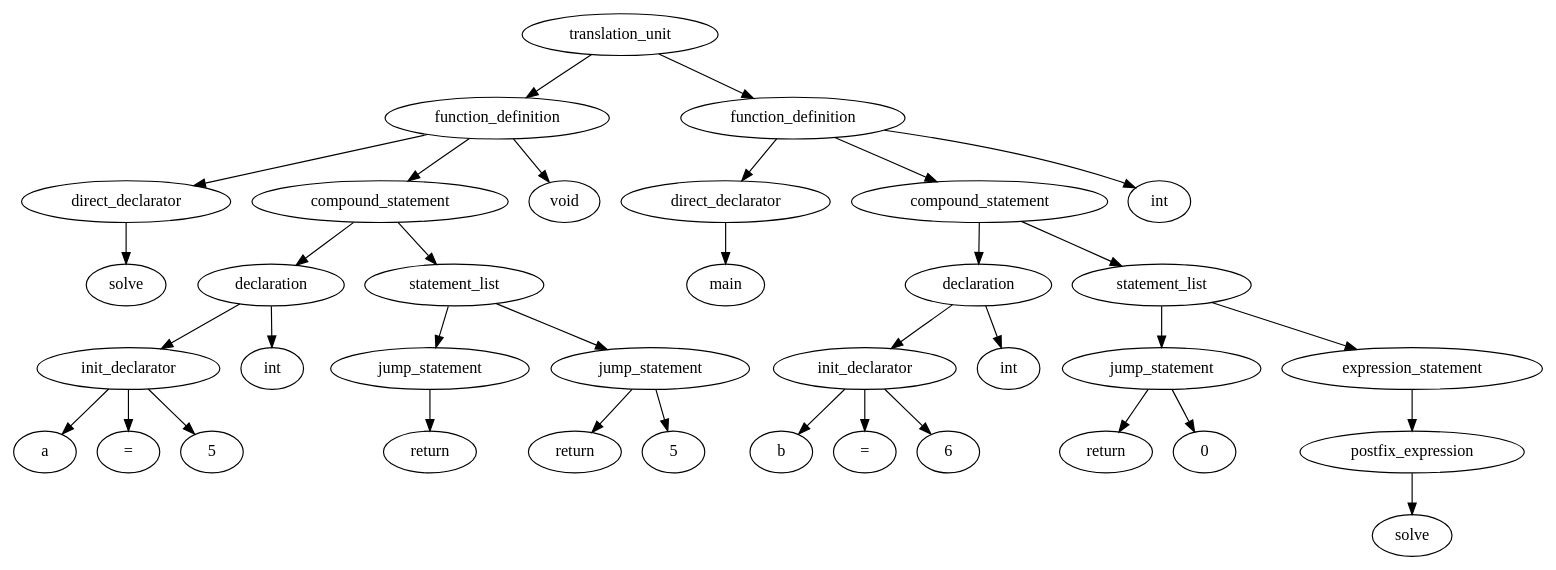
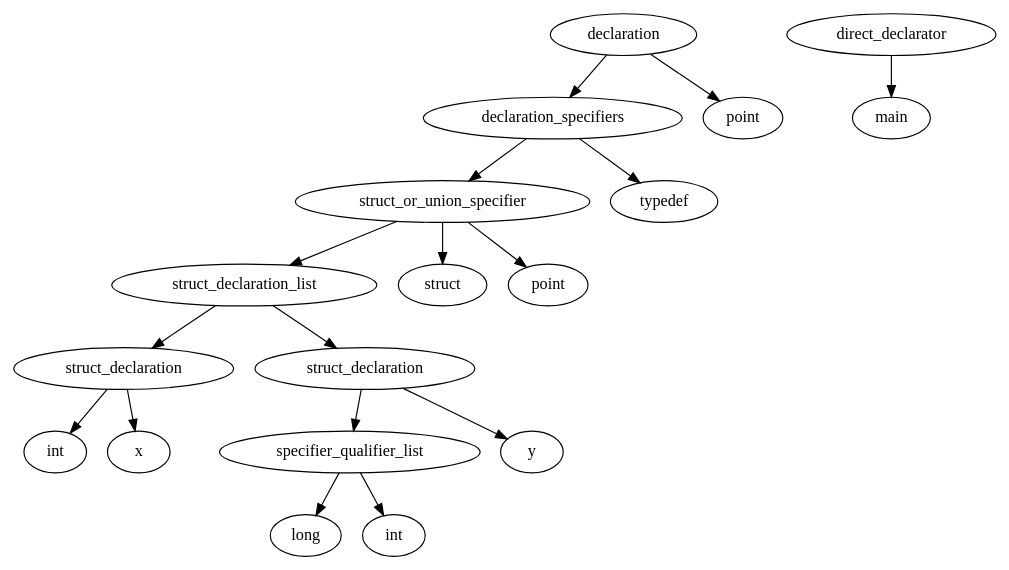
The diagram in graph1.dot (govarun/compiler-project), drawn with Graphviz before and after one commit. The commit also changed 6 other files, not shown here.

```diff
--- a/graph1.dot
+++ b/graph1.dot
@@ -1,73 +1,36 @@
 digraph ethane {
-1[label="direct_declarator"]
-2[label="solve"]
+1[label="struct_declaration"]
+2[label="int"]
 1 -> 2
-3[label="init_declarator"]
-4[label="a"]
-3 -> 4
-5[label="="]
-3 -> 5
-6[label="5"]
-3 -> 6
-7[label="declaration"]
-8[label="int"]
+3[label="x"]
+1 -> 3
+4[label="specifier_qualifier_list"]
+5[label="long"]
+4 -> 5
+6[label="int"]
+4 -> 6
+7[label="struct_declaration"]
+7 -> 4
+8[label="y"]
 7 -> 8
-7 -> 3
-9[label="jump_statement"]
-10[label="return"]
-9 -> 10
-11[label="jump_statement"]
-12[label="return"]
-11 -> 12
-13[label="5"]
-11 -> 13
-14[label="statement_list"]
-14 -> 9
-14 -> 11
-15[label="compound_statement"]
-15 -> 7
-15 -> 14
-16[label="function_definition"]
-17[label="void"]
-16 -> 17
-16 -> 1
-16 -> 15
-18[label="direct_declarator"]
-19[label="main"]
-18 -> 19
-20[label="init_declarator"]
-21[label="b"]
-20 -> 21
-22[label="="]
-20 -> 22
-23[label="6"]
-20 -> 23
-24[label="declaration"]
-25[label="int"]
-24 -> 25
-24 -> 20
-26[label="jump_statement"]
-27[label="return"]
-26 -> 27
-28[label="0"]
-26 -> 28
-29[label="postfix_expression"]
-30[label="solve"]
-29 -> 30
-31[label="expression_statement"]
-31 -> 29
-32[label="statement_list"]
-32 -> 26
-32 -> 31
-33[label="compound_statement"]
-33 -> 24
-33 -> 32
-34[label="function_definition"]
-35[label="int"]
-34 -> 35
-34 -> 18
-34 -> 33
-36[label="translation_unit"]
-36 -> 16
-36 -> 34
+9[label="struct_declaration_list"]
+9 -> 1
+9 -> 7
+10[label="struct_or_union_specifier"]
+11[label="struct"]
+10 -> 11
+12[label="point"]
+10 -> 12
+10 -> 9
+13[label="declaration_specifiers"]
+14[label="typedef"]
+13 -> 14
+13 -> 10
+15[label="declaration"]
+15 -> 13
+16[label="point"]
+15 -> 16
+17[label="direct_declarator"]
+18[label="main"]
+17 -> 18
 }
```
